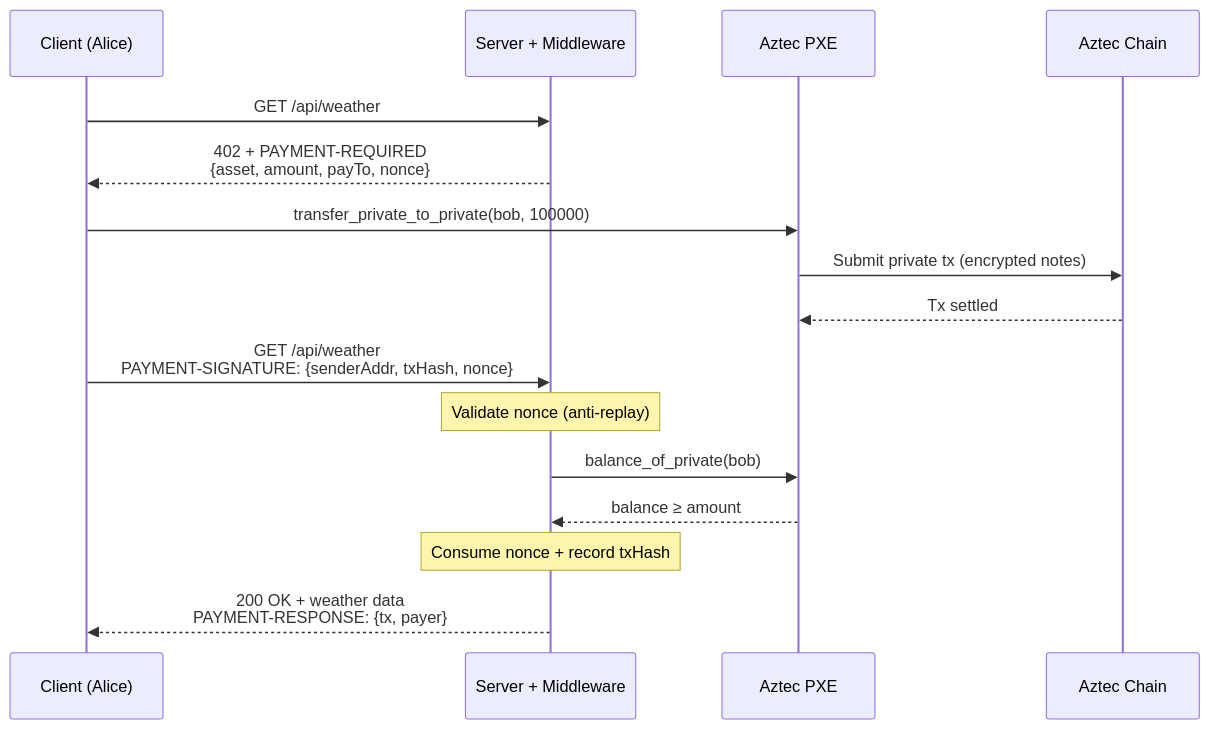
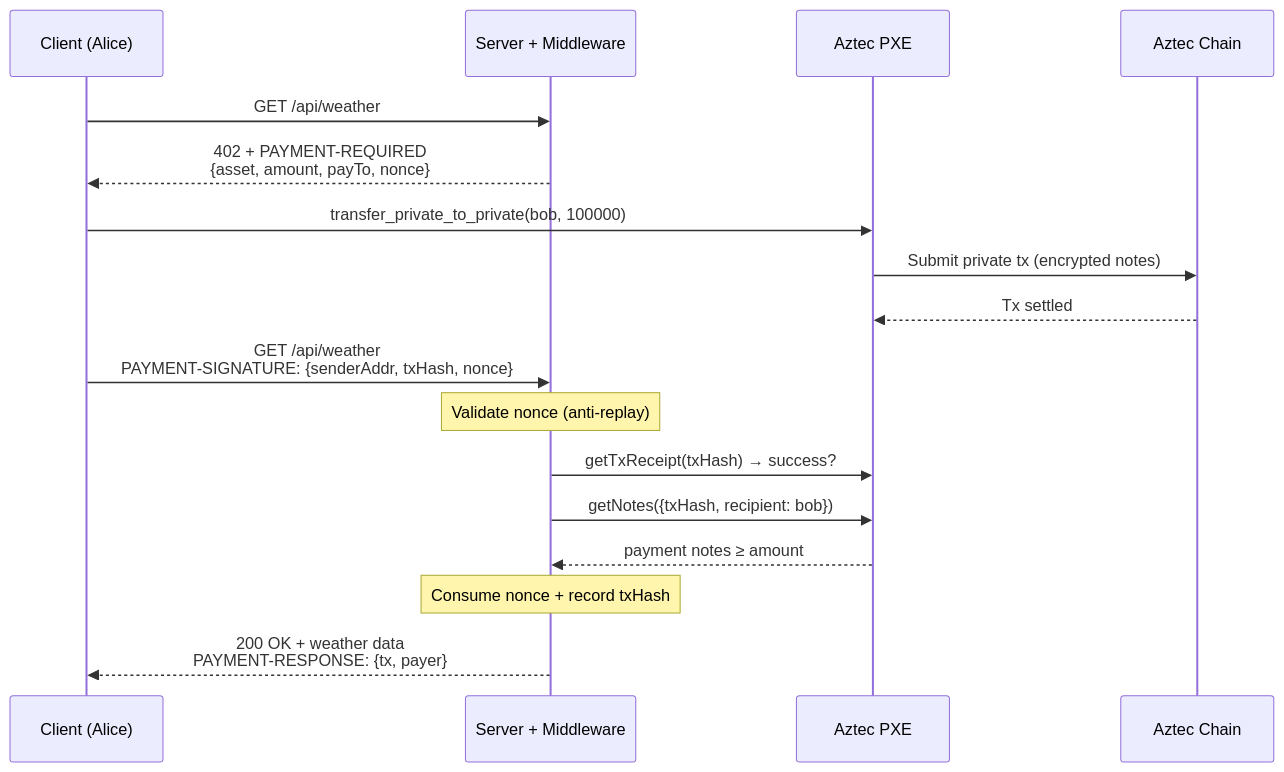
The first of 3 diagrams in readme.md (Galactica-corp/aztec-x402), drawn with Mermaid before and after one commit. The commit also changed other lines of this file and 7 other files, not shown here.

````diff
--- a/readme.md
+++ b/readme.md
@@ -9,23 +9,24 @@
 ```mermaid
 sequenceDiagram
     participant Client as Client (Alice)
     participant Server as Server + Middleware
     participant PXE as Aztec PXE
     participant Chain as Aztec Chain
 
     Client->>Server: GET /api/weather
     Server-->>Client: 402 + PAYMENT-REQUIRED<br/>{asset, amount, payTo, nonce}
 
     Client->>PXE: transfer_private_to_private(bob, 100000)
     PXE->>Chain: Submit private tx (encrypted notes)
     Chain-->>PXE: Tx settled
 
     Client->>Server: GET /api/weather<br/>PAYMENT-SIGNATURE: {senderAddr, txHash, nonce}
 
     Note over Server: Validate nonce (anti-replay)
-    Server->>PXE: balance_of_private(bob)
-    PXE-->>Server: balance ≥ amount
+    Server->>PXE: getTxReceipt(txHash) → success?
+    Server->>PXE: getNotes({txHash, recipient: bob})
+    PXE-->>Server: payment notes ≥ amount
 
     Note over Server: Consume nonce + record txHash
     Server-->>Client: 200 OK + weather data<br/>PAYMENT-RESPONSE: {tx, payer}
 ```
````
